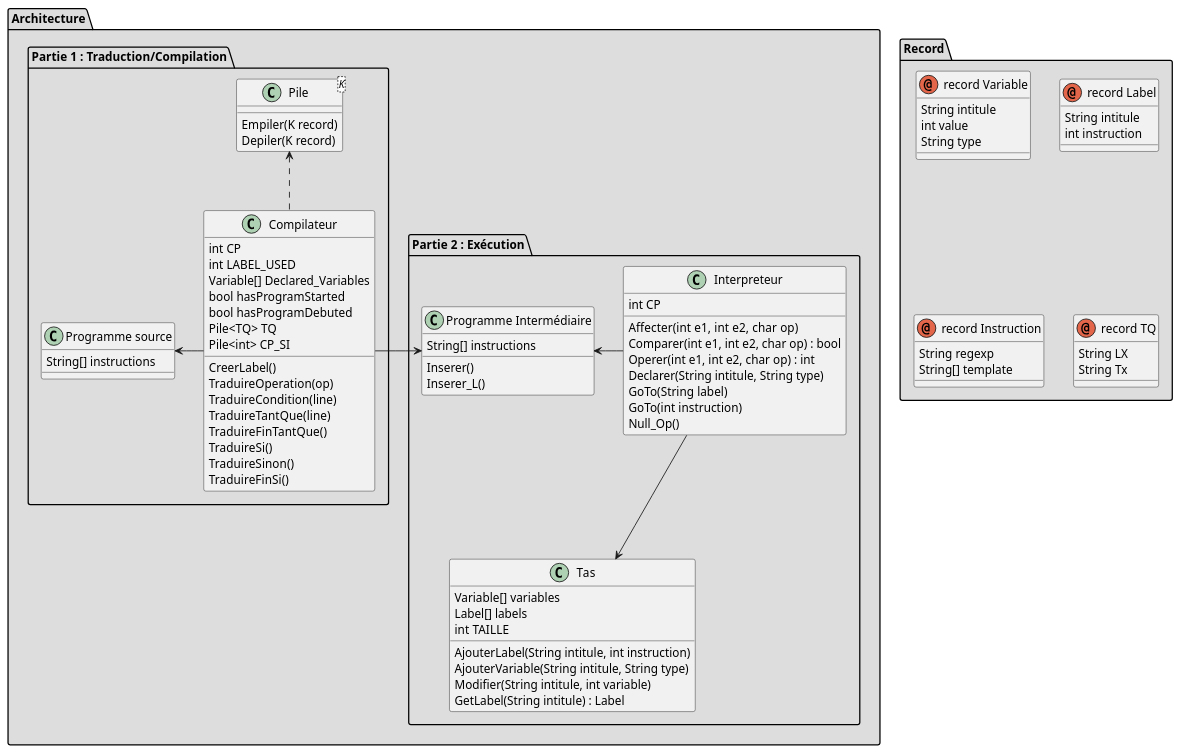
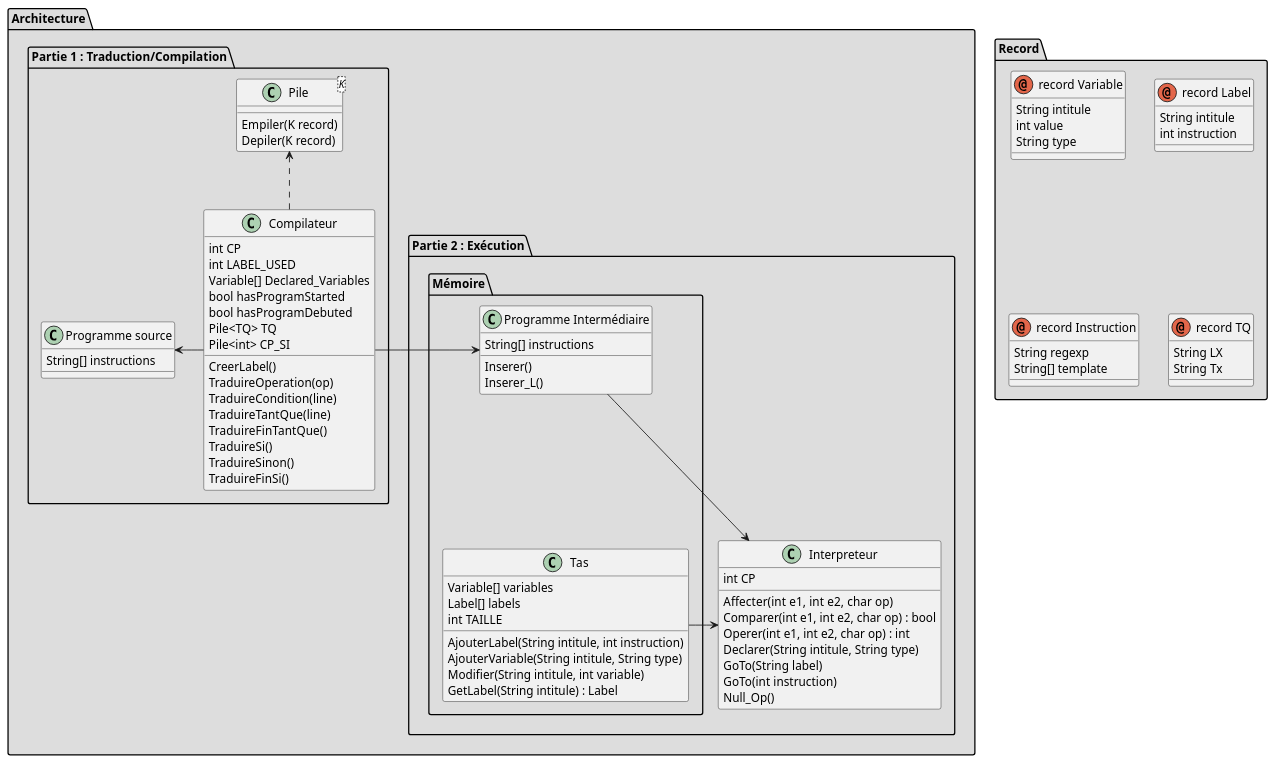
Before and after one commit to Damsien/Dato: the second of 2 diagrams in README.md, drawn with PlantUML. The commit also changed other lines of this file and 19 other files, not shown here.

```diff
--- a/README.md
+++ b/README.md
@@ -16,37 +89,43 @@
 
 package "Partie 2 : Exécution" #DDDDDD {
 
-class "Programme Intermédiaire" {
-String[] instructions
-Inserer()
-Inserer_L()
+    class Interpreteur {
+    int CP
+
+    Affecter(int e1, int e2,  char op)
+    Comparer(int e1, int e2, char op) : bool
+    Operer(int e1, int e2, char op) : int
+    Declarer(String intitule, String type)
+    GoTo(String label)
+    GoTo(int instruction)
+    Null_Op()
+    }
+
+    package "Mémoire" {
+
+        class "Programme Intermédiaire" {
+        String[] instructions
+        Inserer()
+        Inserer_L()
+        }
+
+        class Tas {
+        Variable[] variables
+        Label[] labels
+        int TAILLE
+
+        AjouterLabel(String intitule, int instruction) 
+        AjouterVariable(String intitule, String type) 
+        Modifier(String intitule, int variable) 
+        GetLabel(String intitule) : Label
+        }
+
 }
 
-class Tas {
-Variable[] variables
-Label[] labels
-int TAILLE
 
-AjouterLabel(String intitule, int instruction) 
-AjouterVariable(String intitule, String type) 
-Modifier(String intitule, int variable) 
-GetLabel(String intitule) : Label
-}
-
-class Interpreteur {
-int CP
-
-Affecter(int e1, int e2,  char op)
-Comparer(int e1, int e2, char op) : bool
-Operer(int e1, int e2, char op) : int
-Declarer(String intitule, String type)
-GoTo(String label)
-GoTo(int instruction)
-Null_Op()
-}
-
-Interpreteur --> Tas : "\t\t\t\t\t\t\t\t\t\t\t\t"
-"Programme Intermédiaire" <- Interpreteur
+"Programme Intermédiaire" -> Interpreteur
+Tas -> Interpreteur
+"Programme Intermédiaire" -[hidden]-> Tas
 
 }
 
```
